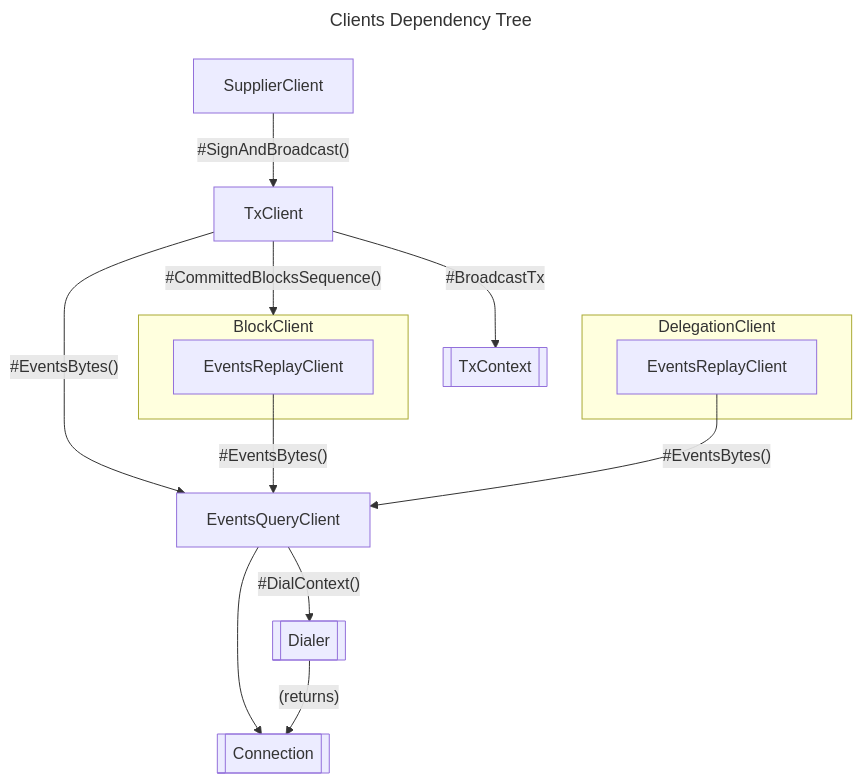
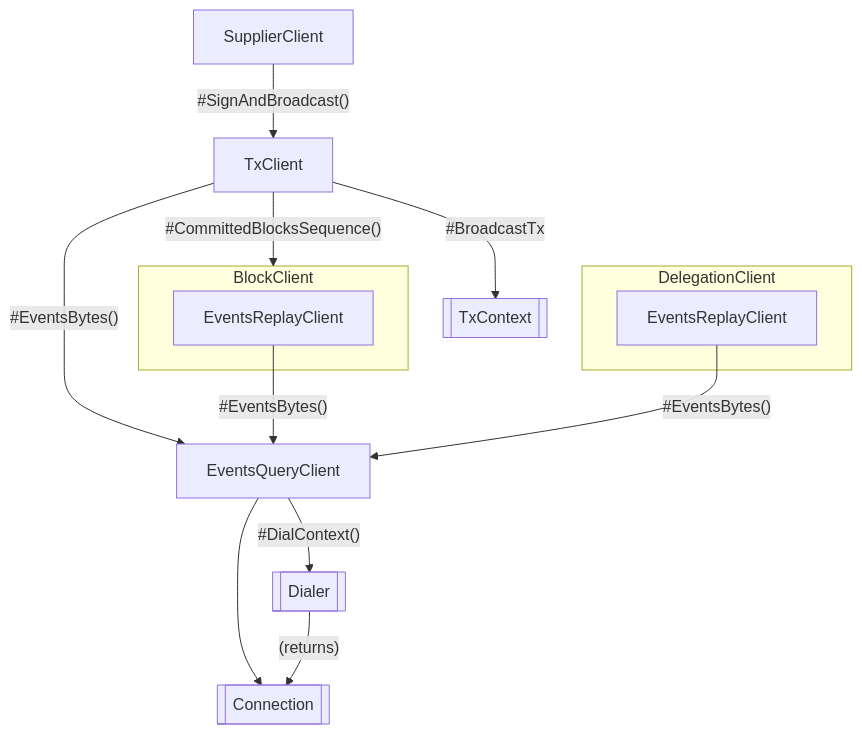
One commit to pokt-network/poktroll changed the second of 3 diagrams in docusaurus/docs/packages/pkg/client/pkg.md. Above: the diagram before and after it, drawn with Mermaid. The commit also changed other lines of this file and 2 other files, not shown here.

Commit message:
docs: consistent diagram formatting/treatment

````diff
--- a/docusaurus/docs/packages/pkg/client/pkg.md
+++ b/docusaurus/docs/packages/pkg/client/pkg.md
@@ -60,27 +63,24 @@
 ```mermaid
----
-title: Clients Dependency Tree
----
 flowchart
 sup[SupplierClient]
 tx[TxClient]
 txctx[[TxContext]]
 subgraph bl[BlockClient]
     bl_evt_replay[EventsReplayClient]
 end
 subgraph del[DelegationClient]
     del_evt_replay[EventsReplayClient]
 end
 evt[EventsQueryClient]
 conn[[Connection]]
 dial[[Dialer]]
 sup --"#SignAndBroadcast()"--> tx
 tx --"#CommittedBlocksSequence()"--> bl
 tx --"#BroadcastTx"--> txctx
 tx --"#EventsBytes()"--> evt
 bl_evt_replay --"#EventsBytes()"--> evt
 del_evt_replay --"#EventsBytes()"--> evt
 evt --> conn
 evt --"#DialContext()"--> dial
 dial --"(returns)"--> conn
 ```
````
